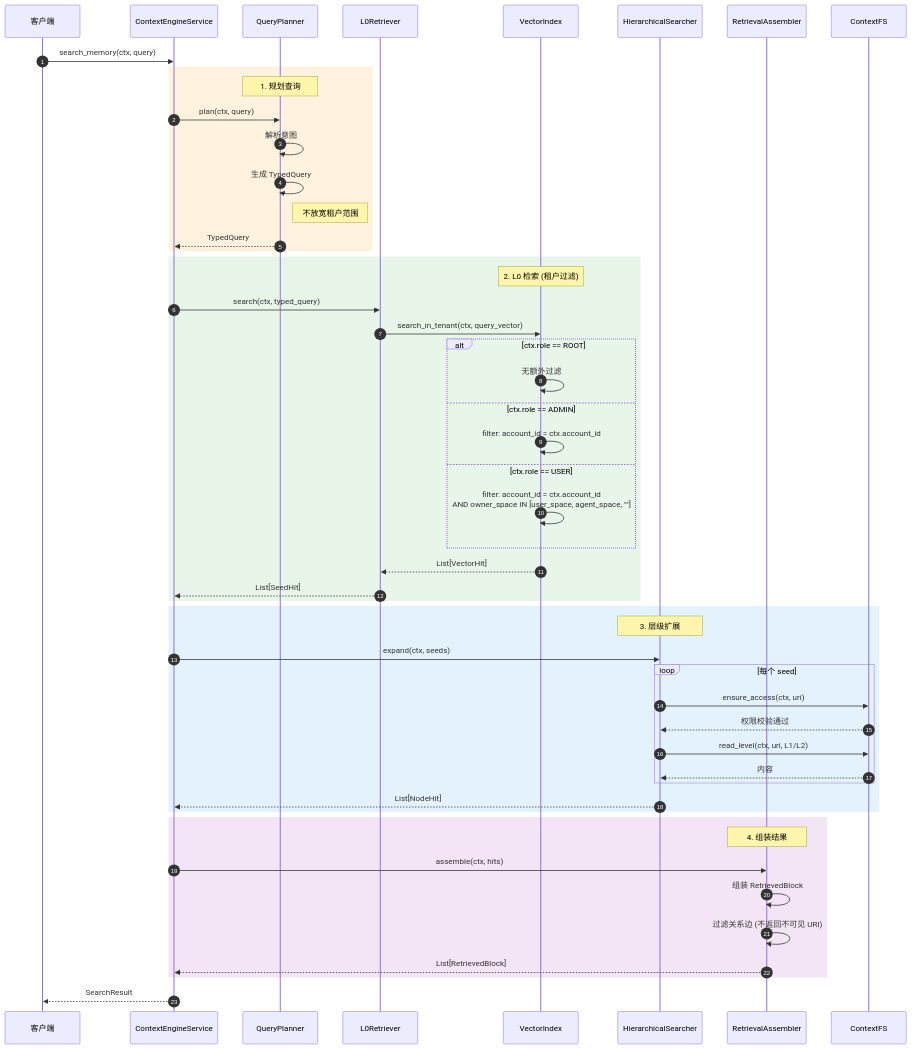
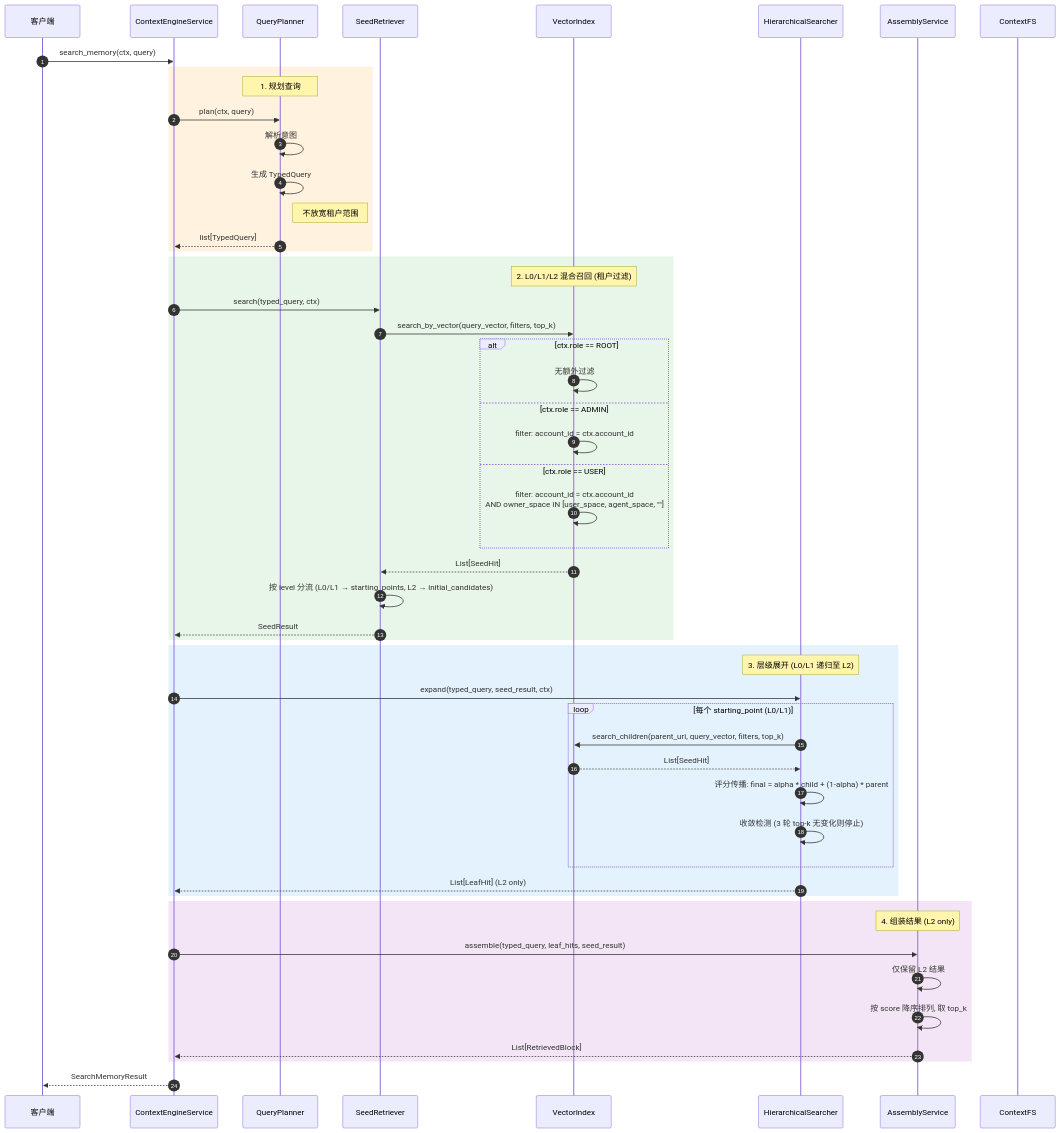
One commit to LinQiang391/oGMemory changed the ninth of 17 diagrams in docs/architecture/multi_tenant_design.md. Above: the diagram before and after it, drawn with Mermaid. The commit also changed other lines of this file and 31 other files, not shown here.

````diff
--- a/docs/architecture/multi_tenant_design.md
+++ b/docs/architecture/multi_tenant_design.md
@@ -1538,62 +1540,63 @@
 ```mermaid
 sequenceDiagram
     autonumber
     participant Client as 客户端
     participant CES as ContextEngineService
     participant QP as QueryPlanner
-    participant L0 as L0Retriever
+    participant SR as SeedRetriever
     participant VI as VectorIndex
     participant HS as HierarchicalSearcher
-    participant RA as RetrievalAssembler
+    participant AS as AssemblyService
     participant FS as ContextFS
 
     Client->>CES: search_memory(ctx, query)
     
     rect rgb(255, 243, 224)
         Note over QP: 1. 规划查询
         CES->>QP: plan(ctx, query)
         QP->>QP: 解析意图
         QP->>QP: 生成 TypedQuery
         Note right of QP: 不放宽租户范围
-        QP-->>CES: TypedQuery
+        QP-->>CES: list[TypedQuery]
     end
     
     rect rgb(232, 245, 233)
-        Note over VI: 2. L0 检索 (租户过滤)
-        CES->>L0: search(ctx, typed_query)
-        L0->>VI: search_in_tenant(ctx, query_vector)
+        Note over VI: 2. L0/L1/L2 混合召回 (租户过滤)
+        CES->>SR: search(typed_query, ctx)
+        SR->>VI: search_by_vector(query_vector, filters, top_k)
         
         alt ctx.role == ROOT
             VI->>VI: 无额外过滤
         else ctx.role == ADMIN
             VI->>VI: filter: account_id = ctx.account_id
         else ctx.role == USER
             VI->>VI: filter: account_id = ctx.account_id<br/>AND owner_space IN [user_space, agent_space, ""]
         end
         
-        VI-->>L0: List[VectorHit]
-        L0-->>CES: List[SeedHit]
+        VI-->>SR: List[SeedHit]
+        SR->>SR: 按 level 分流 (L0/L1 → starting_points, L2 → initial_candidates)
+        SR-->>CES: SeedResult
     end
     
     rect rgb(227, 242, 253)
-        Note over HS: 3. 层级扩展
-        CES->>HS: expand(ctx, seeds)
-        loop 每个 seed
-            HS->>FS: ensure_access(ctx, uri)
-            FS-->>HS: 权限校验通过
-            HS->>FS: read_level(ctx, uri, L1/L2)
-            FS-->>HS: 内容
+        Note over HS: 3. 层级展开 (L0/L1 递归至 L2)
+        CES->>HS: expand(typed_query, seed_result, ctx)
+        loop 每个 starting_point (L0/L1)
+            HS->>VI: search_children(parent_uri, query_vector, filters, top_k)
+            VI-->>HS: List[SeedHit]
+            HS->>HS: 评分传播: final = alpha * child + (1-alpha) * parent
+            HS->>HS: 收敛检测 (3 轮 top-k 无变化则停止)
         end
-        HS-->>CES: List[NodeHit]
+        HS-->>CES: List[LeafHit] (L2 only)
     end
     
     rect rgb(243, 229, 245)
-        Note over RA: 4. 组装结果
-        CES->>RA: assemble(ctx, hits)
-        RA->>RA: 组装 RetrievedBlock
-        RA->>RA: 过滤关系边 (不返回不可见 URI)
-        RA-->>CES: List[RetrievedBlock]
+        Note over AS: 4. 组装结果 (L2 only)
+        CES->>AS: assemble(typed_query, leaf_hits, seed_result)
+        AS->>AS: 仅保留 L2 结果
+        AS->>AS: 按 score 降序排列, 取 top_k
+        AS-->>CES: List[RetrievedBlock]
     end
     
-    CES-->>Client: SearchResult
+    CES-->>Client: SearchMemoryResult
 ```
````
